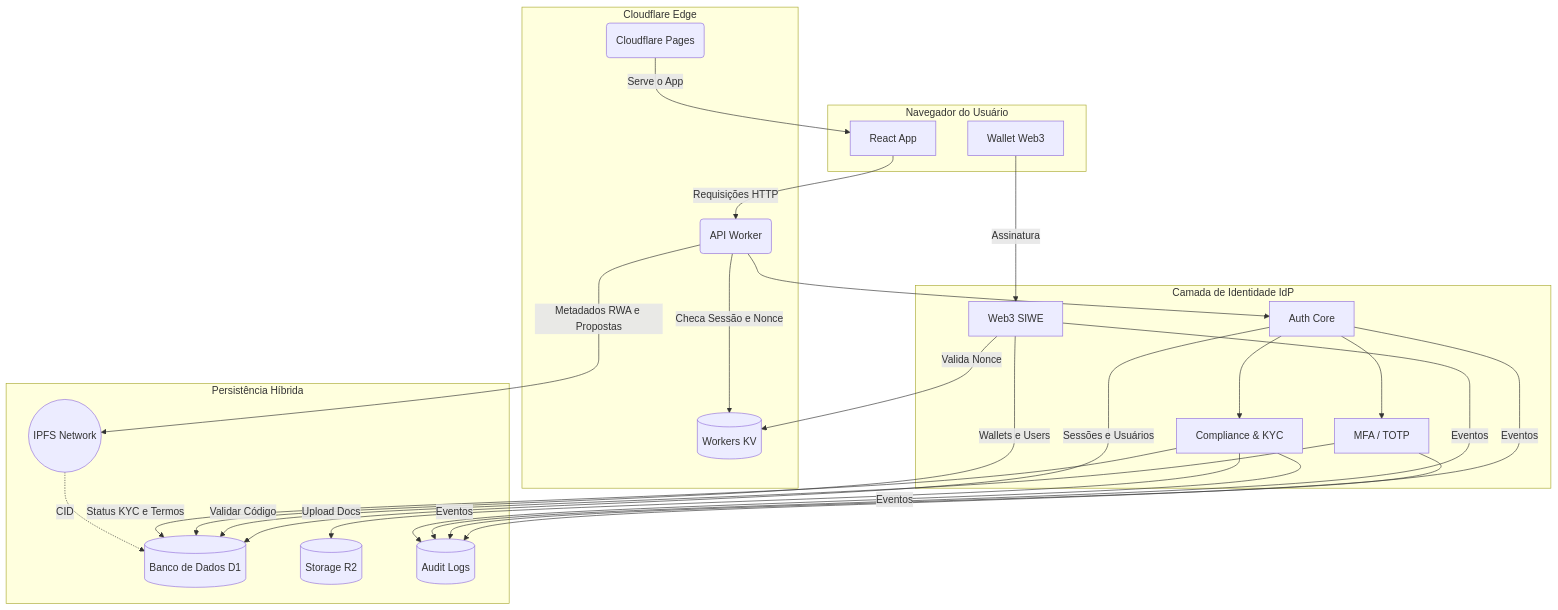
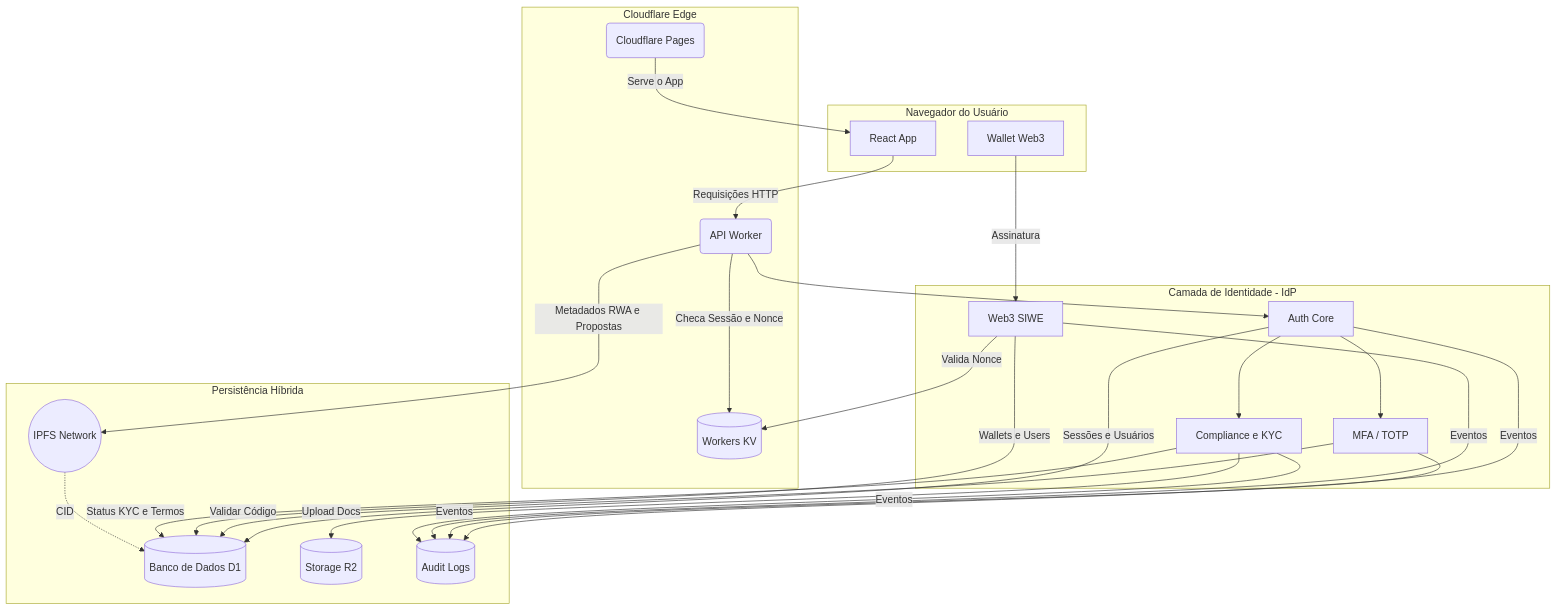
The diagram in README.md (DIGITAL-WORLD-ECOSYSTEM/CENTRAL-SYSTEM-API), drawn with Mermaid before and after one commit.

Commit message:
fix(docs): corrige diagrama Mermaid - remove & dos labels que quebravam o parser

````diff
--- a/README.md
+++ b/README.md
@@ -233,59 +233,59 @@
 ```mermaid
 graph TD
 
 subgraph browser ["Navegador do Usuário"]
   A[React App]
   W[Wallet Web3]
 end
 
 subgraph edge ["Cloudflare Edge"]
   B(Cloudflare Pages)
   C(API Worker)
   K[(Workers KV)]
 end
 
-subgraph idp ["Camada de Identidade IdP"]
+subgraph idp ["Camada de Identidade - IdP"]
   C1[Auth Core]
   C2[MFA / TOTP]
   C3[Web3 SIWE]
-  C4[Compliance & KYC]
+  C4[Compliance e KYC]
 end
 
 subgraph data ["Persistência Híbrida"]
   D[(Banco de Dados D1)]
   E[(Storage R2)]
   I((IPFS Network))
   F[(Audit Logs)]
 end
 
 %% Fluxo principal
 B -->|Serve o App| A
 A -->|Requisições HTTP| C
 C -->|Checa Sessão e Nonce| K
 C --> C1
 
-%% Auth & Segurança
+%% Auth e Segurança
 C1 -->|Sessões e Usuários| D
 C1 -->|Eventos| F
 
 %% MFA
 C1 --> C2
 C2 -->|Validar Código| D
 C2 -->|Eventos| F
 
 %% Web3
 W -->|Assinatura| C3
 C3 -->|Valida Nonce| K
 C3 -->|Wallets e Users| D
 C3 -->|Eventos| F
 
 %% Compliance
 C1 --> C4
 C4 -->|Status KYC e Termos| D
 C4 -->|Upload Docs| E
 C4 -->|Eventos| F
 
-%% RWA & DAO Imutabilidade
+%% RWA e DAO Imutabilidade
 C -->|Metadados RWA e Propostas| I
 I -.->|CID| D
 ```
````
